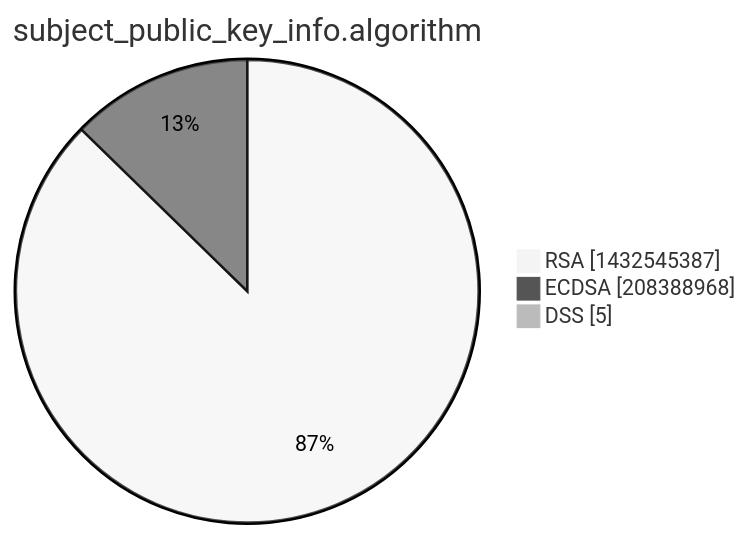
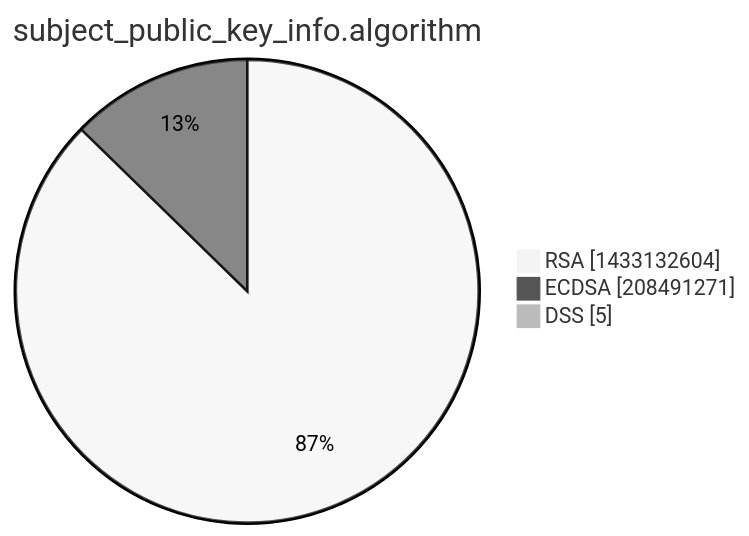
One commit to christiankrug/ctmonitor_visualization changed the third of 15 diagrams in xenon2022/README.md. Above: the diagram before and after it, drawn with Mermaid (neutral theme). The commit also changed other lines of this file, not shown here.

````diff
--- a/xenon2022/README.md
+++ b/xenon2022/README.md
@@ -14,7 +14,7 @@
 ```mermaid
 pie showData
 title subject_public_key_info.algorithm
-"RSA" :1432545387
-"ECDSA" :208388968
+"RSA" :1433132604
+"ECDSA" :208491271
 "DSS" :5
 ```
````
